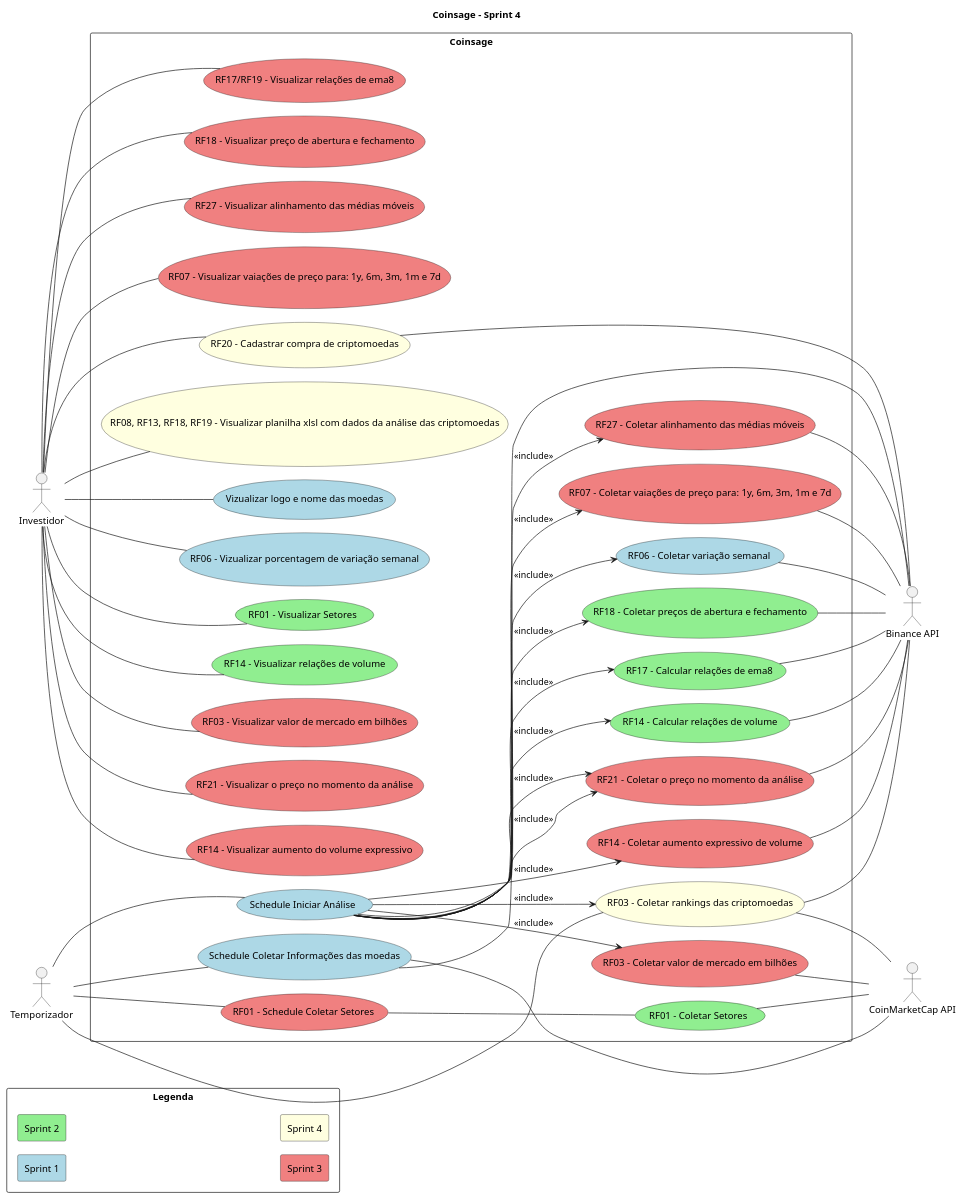
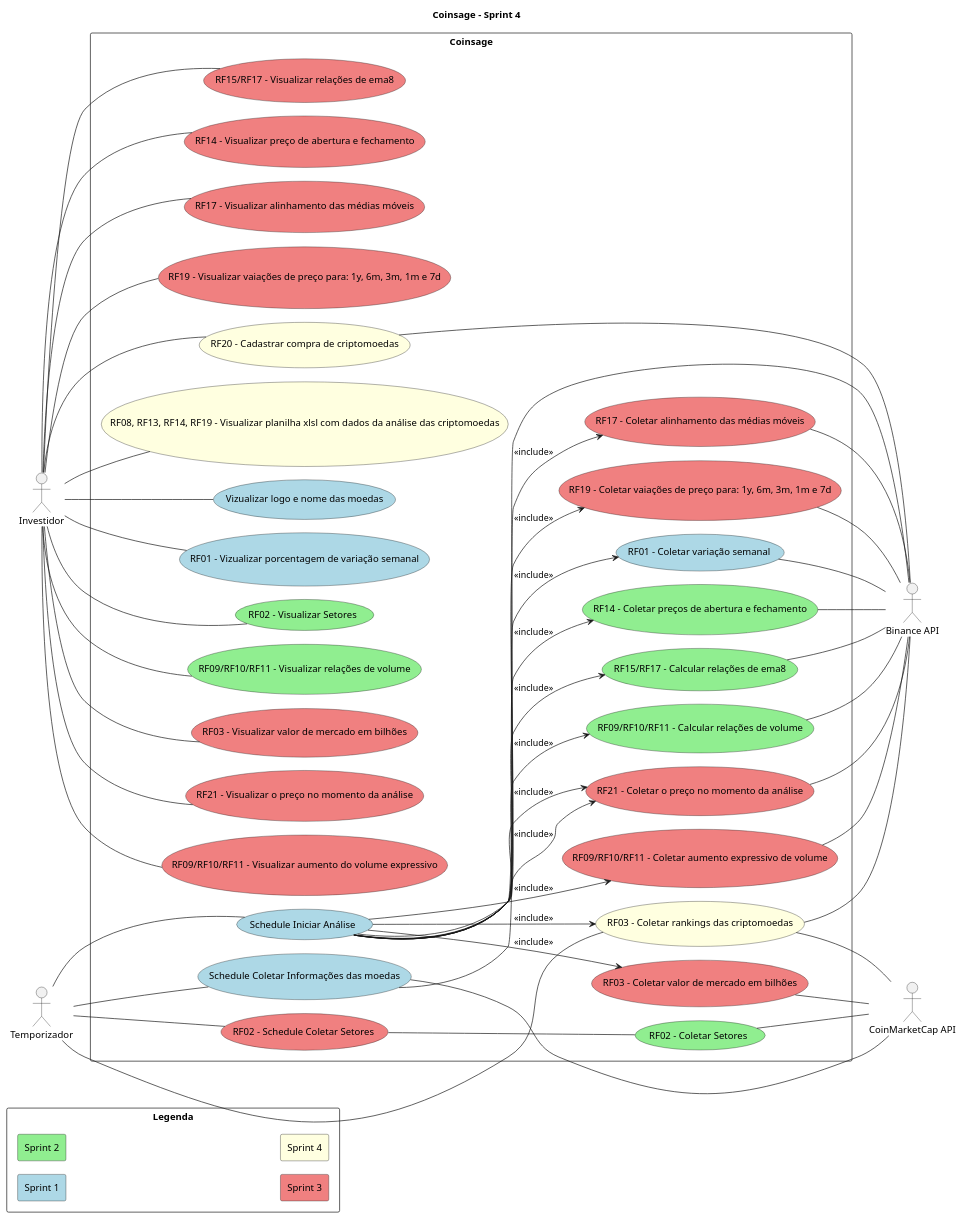
The diagram in Artefatos/diagramas/casos_de_uso/use_cases.plantuml (ICEI-PUC-Minas-PPLES-TI/plf-es-2024-1-ti3-8981100-coinsage), drawn with PlantUML before and after one commit. The commit also changed 3 other files, not shown here.

```diff
--- a/Artefatos/diagramas/casos_de_uso/use_cases.plantuml
+++ b/Artefatos/diagramas/casos_de_uso/use_cases.plantuml
@@ -1,124 +1,124 @@
-@startuml
+@startuml current
 title Coinsage - Sprint 4
 
 left to right direction
 actor "Investidor" as investor
 actor "Temporizador" as schedule
 actor "Binance API" as binance
 actor "CoinMarketCap API" as cmc
 
 rectangle "Legenda"{
     skinparam minClassWidth 10
     skinparam nodesep 1
     skinparam ranksep 1
 
     rectangle "Sprint 1" #LightBlue
     rectangle "Sprint 2" #LightGreen
     rectangle "Sprint 3" #LightCoral
     rectangle "Sprint 4" #LightYellow
     ' rectangle "Sprint 5" #LightPink
 }
 
 rectangle "Coinsage"{
     skinparam nodesep 20
 
     ' Schedules use cases
     ' Sp1
     usecase "Schedule Coletar Informações das moedas" as sch_cripto_info #LightBlue
     usecase "Schedule Iniciar Análise" as sch_analysis #LightBlue
     ' Sp3
-    usecase "RF01 - Schedule Coletar Setores" as sch_sectors #LightCoral /' Should be sprint 2 but not ended '/
+    usecase "RF02 - Schedule Coletar Setores" as sch_sectors #LightCoral /' Should be sprint 2 but not ended '/
 
     ' Analyse use cases
     ' Sp1
-    usecase "RF06 - Coletar variação semanal" as collect_cripto_week_incresse #LightBlue
+    usecase "RF01 - Coletar variação semanal" as collect_cripto_week_incresse #LightBlue
     ' Sp2
-    usecase "RF01 - Coletar Setores" as collect_sectors #LightGreen
-    usecase "RF18 - Coletar preços de abertura e fechamento" as collect_cripto_open_close #LightGreen
-    usecase "RF17 - Calcular relações de ema8" as collect_ema8_relations #LightGreen
-    usecase "RF14 - Calcular relações de volume" as collect_volume_relations #LightGreen
+    usecase "RF02 - Coletar Setores" as collect_sectors #LightGreen
+    usecase "RF14 - Coletar preços de abertura e fechamento" as collect_cripto_open_close #LightGreen
+    usecase "RF15/RF17 - Calcular relações de ema8" as collect_ema8_relations #LightGreen
+    usecase "RF09/RF10/RF11 - Calcular relações de volume" as collect_volume_relations #LightGreen
     ' Sp3
     usecase "RF03 - Coletar valor de mercado em bilhões" as collect_market_cap #LightCoral /' Should be sprint 2 but not ended '/
     usecase "RF21 - Coletar o preço no momento da análise" as collect_cripto_current_price #LightCoral /' Should be sprint 2 but not ended '/
-    usecase "RF14 - Coletar aumento expressivo de volume" as collect_expressive_volume_date #LightCoral /' Should be sprint 2 but not ended '/
-    usecase "RF27 - Coletar alinhamento das médias móveis" as collect_emas_aligned #LightCoral
-    usecase "RF07 - Coletar vaiações de preço para: 1y, 6m, 3m, 1m e 7d" as collect_cripto_price_variations #LightCoral
+    usecase "RF09/RF10/RF11 - Coletar aumento expressivo de volume" as collect_expressive_volume_date #LightCoral /' Should be sprint 2 but not ended '/
+    usecase "RF17 - Coletar alinhamento das médias móveis" as collect_emas_aligned #LightCoral
+    usecase "RF19 - Coletar vaiações de preço para: 1y, 6m, 3m, 1m e 7d" as collect_cripto_price_variations #LightCoral
 
     ' Report use cases
     ' Sp1
     usecase "Vizualizar logo e nome das moedas" as view_cripto_info #LightBlue
-    usecase "RF06 - Vizualizar porcentagem de variação semanal" as view_cripto_week_incresse #LightBlue
+    usecase "RF01 - Vizualizar porcentagem de variação semanal" as view_cripto_week_incresse #LightBlue
     ' Sp2
-    usecase "RF01 - Visualizar Setores" as view_sectors #LightGreen
-    usecase "RF14 - Visualizar relações de volume" as view_volume_relations #LightGreen
+    usecase "RF02 - Visualizar Setores" as view_sectors #LightGreen
+    usecase "RF09/RF10/RF11 - Visualizar relações de volume" as view_volume_relations #LightGreen
     ' Sp3
     usecase "RF03 - Visualizar valor de mercado em bilhões" as view_market_cap #LightCoral /' Should be sprint 2 but not ended '/
     usecase "RF21 - Visualizar o preço no momento da análise" as view_cripto_current_price #LightCoral /' Should be sprint 2 but not ended '/
-    usecase "RF14 - Visualizar aumento do volume expressivo" as view_expressive_volume_increase #LightCoral /' Should be sprint 2 but not ended '/
-    usecase "RF17/RF19 - Visualizar relações de ema8" as view_ema8_relations #LightCoral /' Should be sprint 2 but not ended '/
-    usecase "RF18 - Visualizar preço de abertura e fechamento" as view_cripto_open_close #LightCoral /' Should be sprint 2 but not ended '/
-    usecase "RF27 - Visualizar alinhamento das médias móveis" as view_emas_aligned #LightCoral
-    usecase "RF07 - Visualizar vaiações de preço para: 1y, 6m, 3m, 1m e 7d" as view_cripto_price_variations #LightCoral
+    usecase "RF09/RF10/RF11 - Visualizar aumento do volume expressivo" as view_expressive_volume_increase #LightCoral /' Should be sprint 2 but not ended '/
+    usecase "RF15/RF17 - Visualizar relações de ema8" as view_ema8_relations #LightCoral /' Should be sprint 2 but not ended '/
+    usecase "RF14 - Visualizar preço de abertura e fechamento" as view_cripto_open_close #LightCoral /' Should be sprint 2 but not ended '/
+    usecase "RF17 - Visualizar alinhamento das médias móveis" as view_emas_aligned #LightCoral
+    usecase "RF19 - Visualizar vaiações de preço para: 1y, 6m, 3m, 1m e 7d" as view_cripto_price_variations #LightCoral
 
     ' Wallet usecases
     ' Sp4
     usecase "RF20 - Cadastrar compra de criptomoedas" as register_cripto #LightYellow
-    usecase "RF08, RF13, RF18, RF19 - Visualizar planilha xlsl com dados da análise das criptomoedas" as view_xlsl #LightYellow
+    usecase "RF08, RF13, RF14, RF19 - Visualizar planilha xlsl com dados da análise das criptomoedas" as view_xlsl #LightYellow
     ' Sp4
     usecase "RF03 - Coletar rankings das criptomoedas" as collect_rankings #LightYellow
 }
 
 ' Schedules use cases
 schedule -- sch_analysis
 schedule -- sch_cripto_info
 schedule -- sch_sectors
 schedule -- collect_rankings
 
 ' APIS use cases
 register_cripto -- binance
 sch_cripto_info -- binance
 sch_cripto_info -- cmc
 collect_cripto_week_incresse -- binance
 collect_cripto_current_price -- binance
 collect_cripto_open_close -- binance
 collect_ema8_relations -- binance
 collect_volume_relations -- binance
 collect_expressive_volume_date -- binance
 collect_market_cap -- cmc
 collect_emas_aligned -- binance
 collect_cripto_price_variations -- binance
 sch_sectors -- collect_sectors
 collect_sectors -- cmc
 collect_rankings -- binance
 collect_rankings -- cmc
 
 ' Investor use cases
 investor -- view_sectors
 investor -- view_cripto_info
 investor -- view_cripto_week_incresse
 investor -- view_cripto_current_price
 investor -- view_cripto_open_close
 investor -- view_ema8_relations
 investor -- view_volume_relations
 investor -- view_expressive_volume_increase
 investor -- view_market_cap
 investor -- view_emas_aligned
 investor -- view_cripto_price_variations
 investor -- view_xlsl
 investor -- register_cripto
 
 
 ' Use cases relations
 sch_analysis --> collect_cripto_week_incresse  : <<include>>
 sch_analysis --> collect_cripto_current_price  : <<include>>
 sch_analysis --> collect_cripto_open_close  : <<include>>
 sch_analysis --> collect_ema8_relations  : <<include>>
 sch_analysis --> collect_volume_relations  : <<include>>
 sch_analysis --> collect_expressive_volume_date : <<include>>
 sch_analysis --> collect_market_cap : <<include>>
 sch_analysis --> collect_cripto_current_price : <<include>>
 sch_analysis --> collect_emas_aligned : <<include>>
 sch_analysis --> collect_cripto_price_variations : <<include>>
 sch_analysis --> collect_rankings : <<include>>
 
 @enduml
```
